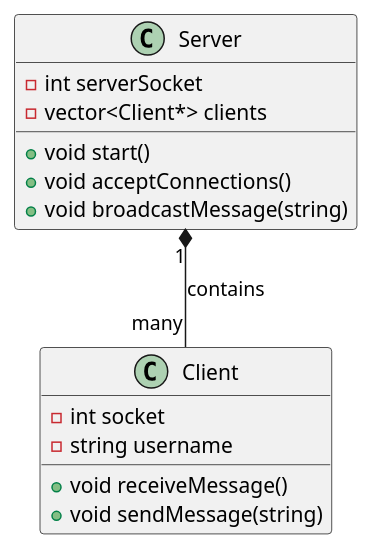
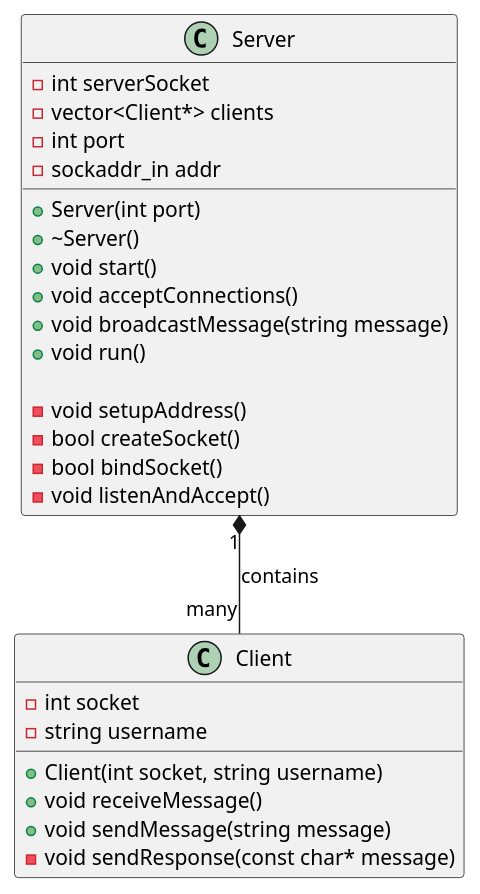
The diagram in modeling/serverdiagram.puml (thelenlucas/370-Class-Project), drawn with PlantUML before and after one commit.

Commit message:
Merge branch 'feature/C++-Refactor'

```diff
--- a/modeling/serverdiagram.puml
+++ b/modeling/serverdiagram.puml
@@ -1,20 +1,34 @@
-@startuml Server
+@startuml Sever Class Diagram
 
 class Server {
     - int serverSocket
     - vector<Client*> clients
+    - int port
+    - sockaddr_in addr
+
+    + Server(int port)
+    + ~Server()
     + void start()
     + void acceptConnections()
-    + void broadcastMessage(string)
+    + void broadcastMessage(string message)
+    + void run()
+
+    - void setupAddress()
+    - bool createSocket()
+    - bool bindSocket()
+    - void listenAndAccept()
 }
 
 class Client {
     - int socket
     - string username
+
+    + Client(int socket, string username)
     + void receiveMessage()
-    + void sendMessage(string)
+    + void sendMessage(string message)
+    - void sendResponse(const char* message)
 }
 
 Server "1" *-- "many" Client : contains
 
 @enduml
```
